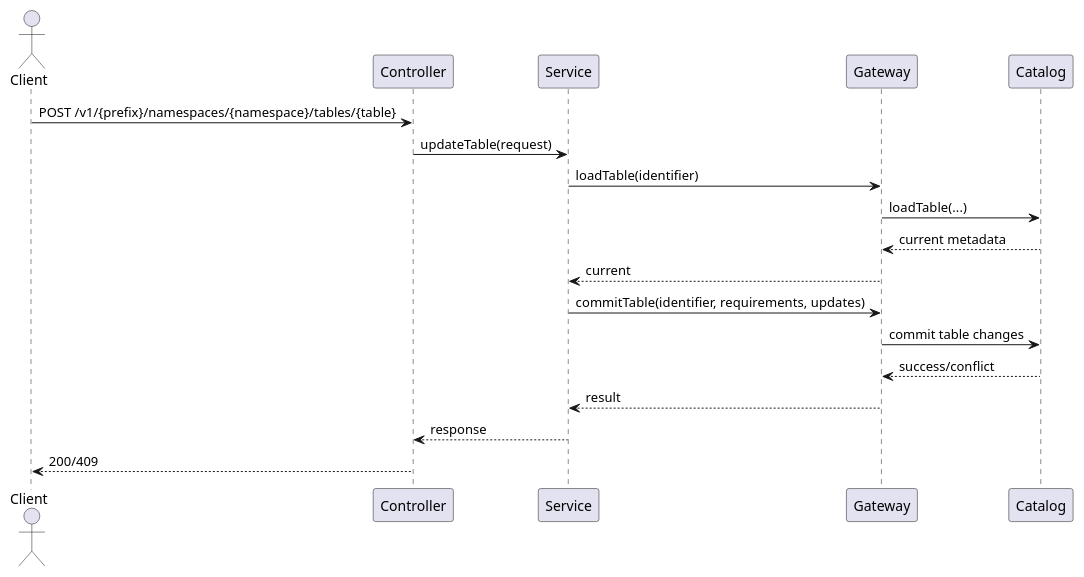
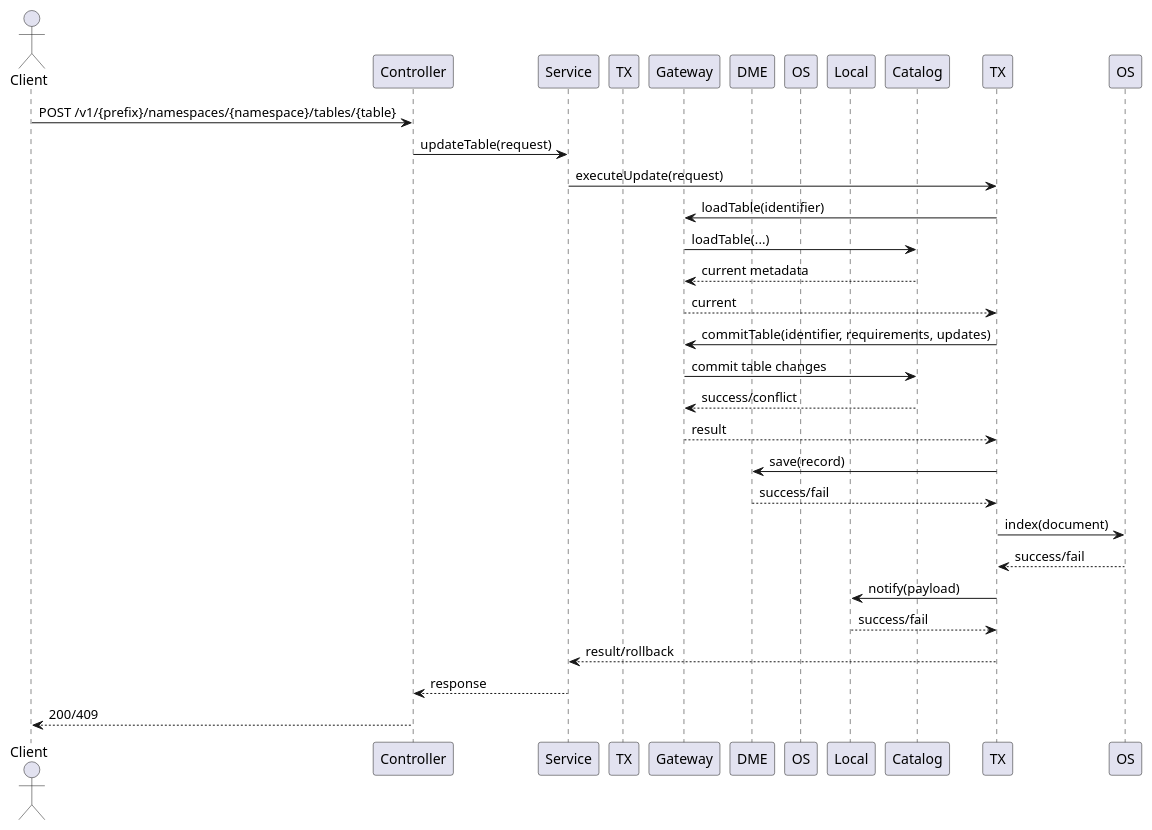
Before and after one commit to jingwang-0415/codex: diagram 14 of 17 in Iceberg_Table接口能力_软件实现设计说明书.md, drawn with PlantUML. The commit also changed other lines of this file, not shown here.

Commit message:
Add saga-based consistency design to Iceberg table spec

````diff
--- a/Iceberg_Table接口能力_软件实现设计说明书.md
+++ b/Iceberg_Table接口能力_软件实现设计说明书.md
@@ -1024,22 +1272,34 @@
 ```plantuml
 @startuml
 actor Client
 participant Controller
 participant Service
+participant TX as TransactionCoordinator
 participant Gateway
+participant DME
+participant OS as OpenSearch
+participant Local
 participant Catalog
 
 Client -> Controller : POST /v1/{prefix}/namespaces/{namespace}/tables/{table}
 Controller -> Service : updateTable(request)
-Service -> Gateway : loadTable(identifier)
+Service -> TX : executeUpdate(request)
+TX -> Gateway : loadTable(identifier)
 Gateway -> Catalog : loadTable(...)
 Catalog --> Gateway : current metadata
-Gateway --> Service : current
-Service -> Gateway : commitTable(identifier, requirements, updates)
+Gateway --> TX : current
+TX -> Gateway : commitTable(identifier, requirements, updates)
 Gateway -> Catalog : commit table changes
 Catalog --> Gateway : success/conflict
-Gateway --> Service : result
+Gateway --> TX : result
+TX -> DME : save(record)
+DME --> TX : success/fail
+TX -> OS : index(document)
+OS --> TX : success/fail
+TX -> Local : notify(payload)
+Local --> TX : success/fail
+TX --> Service : result/rollback
 Service --> Controller : response
 Controller --> Client : 200/409
 @enduml
 ```
````
